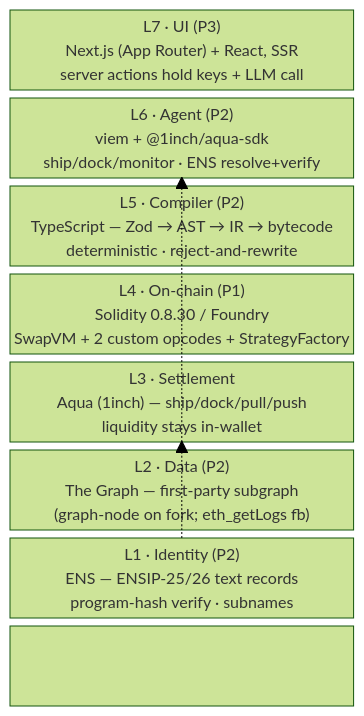
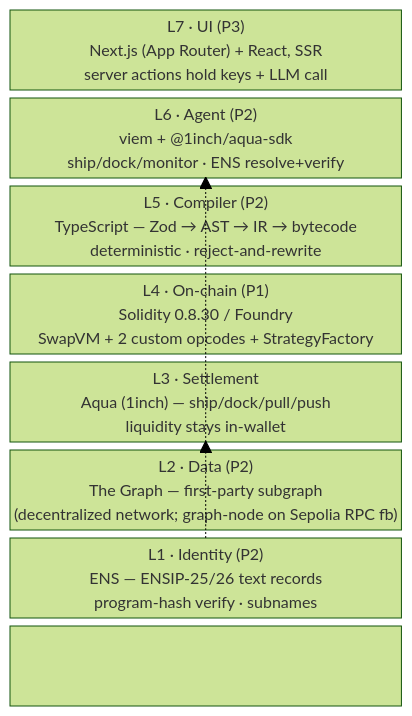
One commit to ppezzull/wave changed the diagram in docs/strategy/TECH-STACK.md. Above: the diagram before and after it, drawn with Mermaid (forest theme). The commit also changed other lines of this file and 8 other files, not shown here.

````diff
--- a/docs/strategy/TECH-STACK.md
+++ b/docs/strategy/TECH-STACK.md
@@ -9,14 +9,14 @@
 ```mermaid
 block-beta
     columns 1
     L7["L7 · UI (P3)\nNext.js (App Router) + React, SSR\nserver actions hold keys + LLM call"]
     L6["L6 · Agent (P2)\nviem + @1inch/aqua-sdk\nship/dock/monitor · ENS resolve+verify"]
     L5["L5 · Compiler (P2)\nTypeScript — Zod → AST → IR → bytecode\ndeterministic · reject-and-rewrite"]
     L4["L4 · On-chain (P1)\nSolidity 0.8.30 / Foundry\nSwapVM + 2 custom opcodes + StrategyFactory"]
     L3["L3 · Settlement\nAqua (1inch) — ship/dock/pull/push\nliquidity stays in-wallet"]
-    L2["L2 · Data (P2)\nThe Graph — first-party subgraph\n(graph-node on fork; eth_getLogs fb)"]
+    L2["L2 · Data (P2)\nThe Graph — first-party subgraph\n(decentralized network; graph-node on Sepolia RPC fb)"]
     L1["L1 · Identity (P2)\nENS — ENSIP-25/26 text records\nprogram-hash verify · subnames"]
     L7 --> L6 --> L5 --> L4 --> L3
     L2 -.-> L6
     L1 -.-> L3
 ```
````
